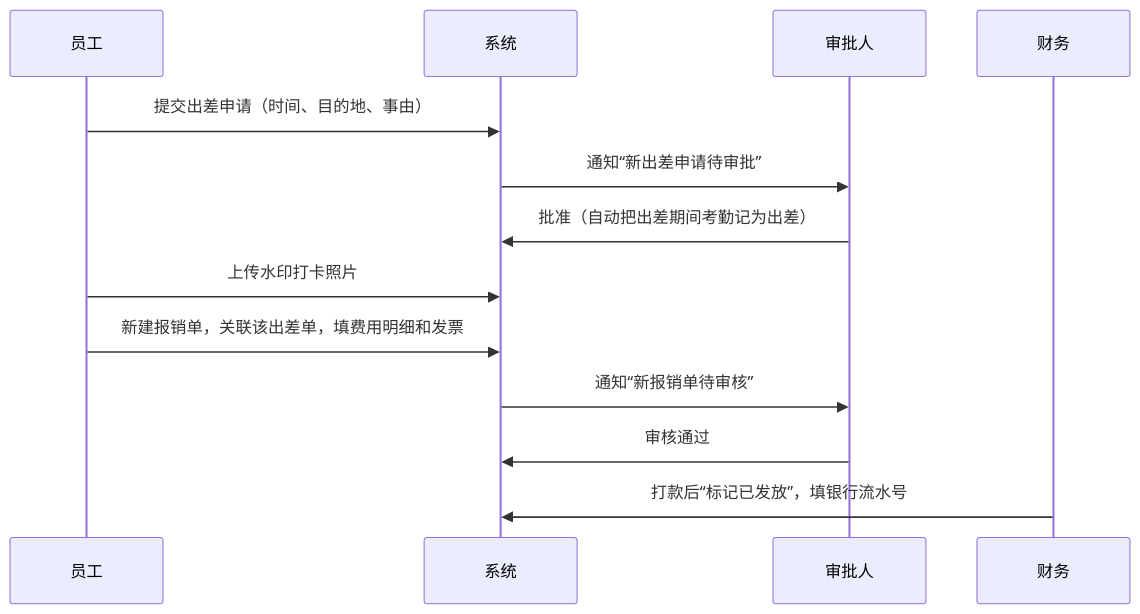
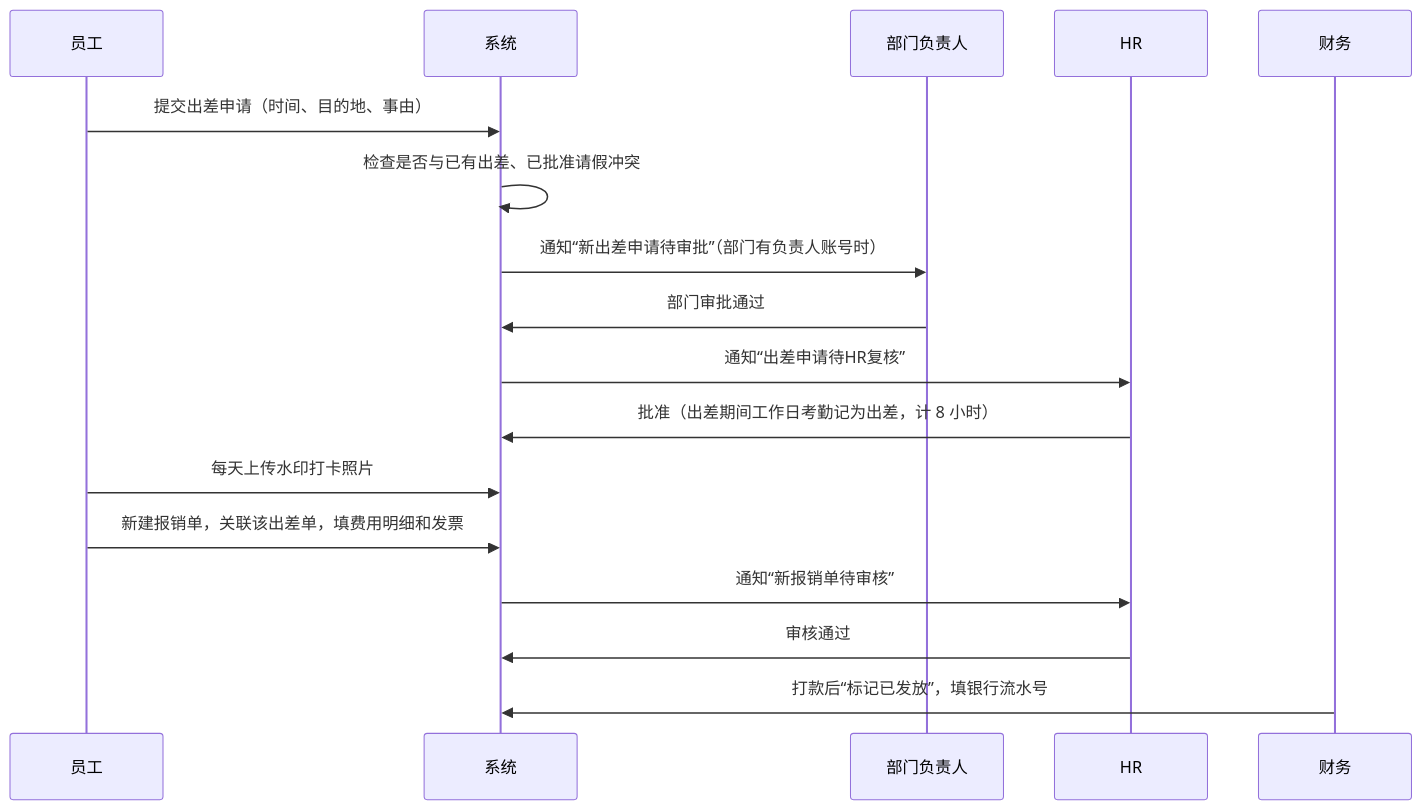
Before and after one commit to YCRenyue/hrsystem: the fourth of 5 diagrams in docs/user-guide/HR-USER-GUIDE.md, drawn with Mermaid. The commit also changed other lines of this file and 4 other files, not shown here.

````diff
--- a/docs/user-guide/HR-USER-GUIDE.md
+++ b/docs/user-guide/HR-USER-GUIDE.md
@@ -112,15 +118,19 @@
 ```mermaid
 sequenceDiagram
     participant 员工
     participant 系统
-    participant 审批人
+    participant 部门负责人
+    participant HR
     participant 财务
     员工->>系统: 提交出差申请（时间、目的地、事由）
-    系统->>审批人: 通知“新出差申请待审批”
-    审批人->>系统: 批准（自动把出差期间考勤记为出差）
-    员工->>系统: 上传水印打卡照片
+    系统->>系统: 检查是否与已有出差、已批准请假冲突
+    系统->>部门负责人: 通知“新出差申请待审批”（部门有负责人账号时）
+    部门负责人->>系统: 部门审批通过
+    系统->>HR: 通知“出差申请待HR复核”
+    HR->>系统: 批准（出差期间工作日考勤记为出差，计 8 小时）
+    员工->>系统: 每天上传水印打卡照片
     员工->>系统: 新建报销单，关联该出差单，填费用明细和发票
-    系统->>审批人: 通知“新报销单待审核”
-    审批人->>系统: 审核通过
+    系统->>HR: 通知“新报销单待审核”
+    HR->>系统: 审核通过
     财务->>系统: 打款后“标记已发放”，填银行流水号
 ```
````
